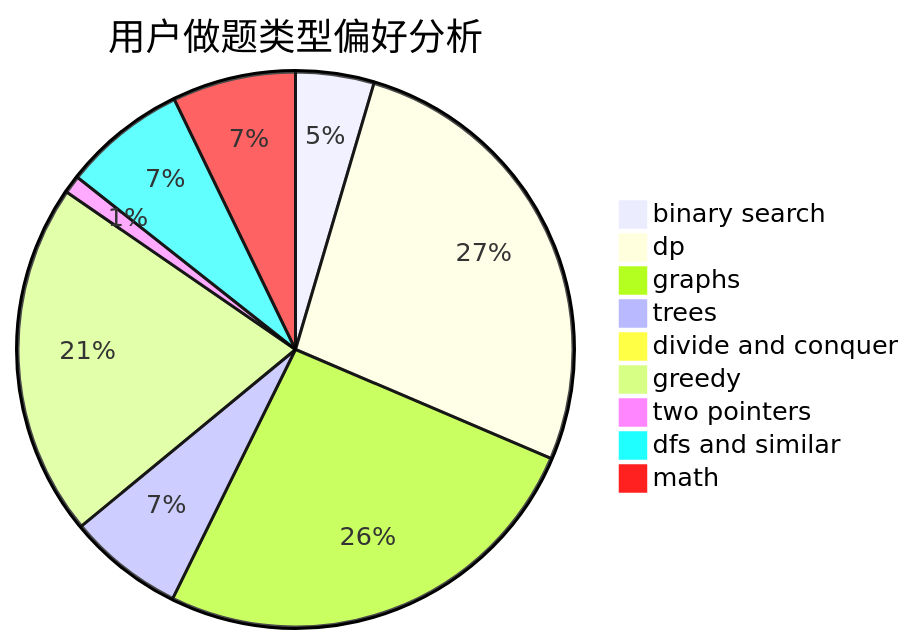
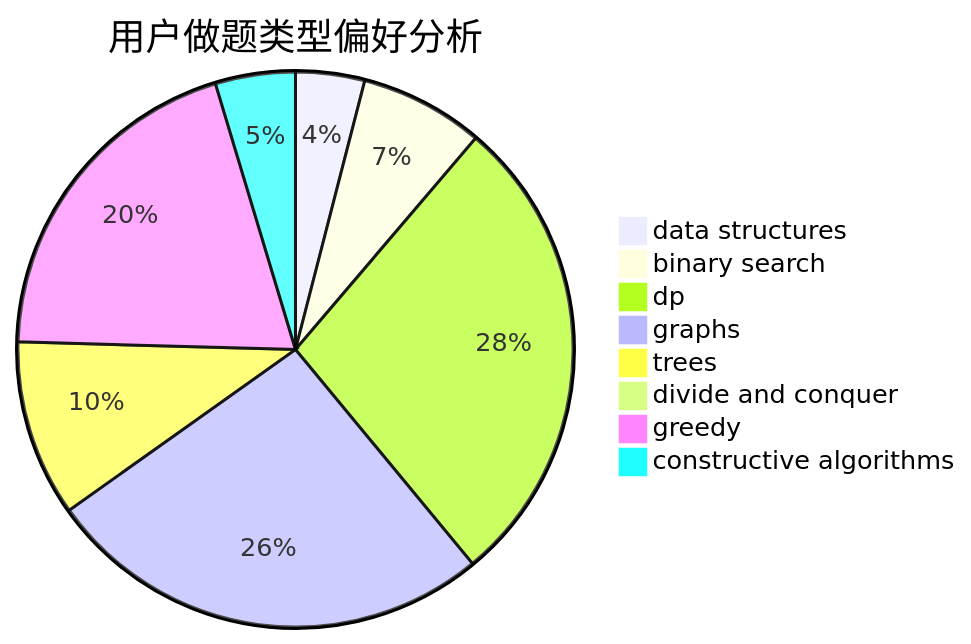
The second of 3 diagrams in docs/user/u298.md (sherpahu/cfrs.github.io), drawn with Mermaid before and after one commit. The commit also changed other lines of this file and 2775 other files, not shown here.

````diff
--- a/docs/user/u298.md
+++ b/docs/user/u298.md
@@ -23,12 +23,11 @@
 ```mermaid
 pie title 用户做题类型偏好分析
-    "binary search" :  61
-    "dp" :  359
-    "graphs" :  346
-    "trees" :  90
+    "data structures" :  25
+    "binary search" :  45
+    "dp" :  173
+    "graphs" :  163
+    "trees" :  64
     "divide and conquer" :  0
-    "greedy" :  275
-    "two pointers" :  14
-    "dfs and similar" :  96
-    "math" :  96
+    "greedy" :  124
+    "constructive algorithms" :  29
 ```
````
